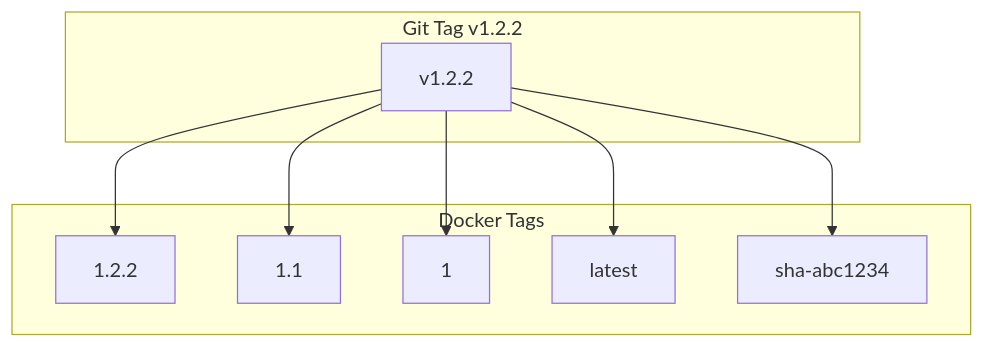
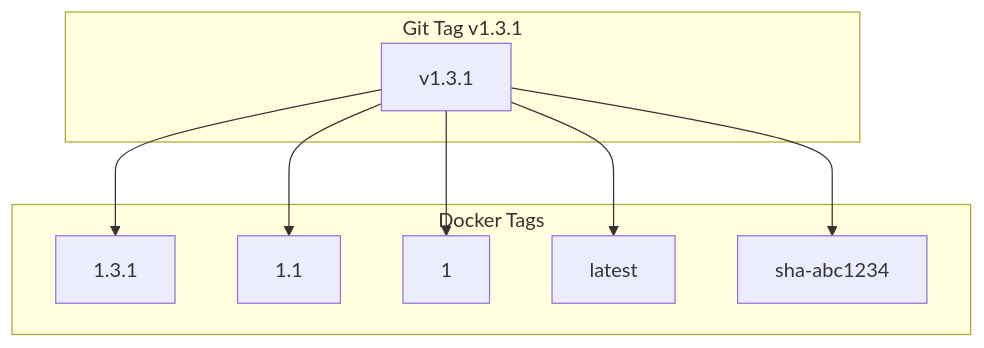
The seventh of 13 diagrams in docs/GITHUB-WORKFLOWS.md (telemetryflow/telemetryflow-collector), drawn with Mermaid before and after one commit. The commit also changed other lines of this file and 19 other files, not shown here.

````diff
--- a/docs/GITHUB-WORKFLOWS.md
+++ b/docs/GITHUB-WORKFLOWS.md
@@ -260,20 +260,20 @@
 ```mermaid
 flowchart TD
-    subgraph "Git Tag v1.2.2"
-        GT[v1.2.2]
+    subgraph "Git Tag v1.3.1"
+        GT[v1.3.1]
     end
 
     subgraph "Docker Tags"
-        T1[1.2.2]
+        T1[1.3.1]
         T2[1.1]
         T3[1]
         T4[latest]
         T5[sha-abc1234]
     end
 
     GT --> T1
     GT --> T2
     GT --> T3
     GT --> T4
     GT --> T5
 ```
````
